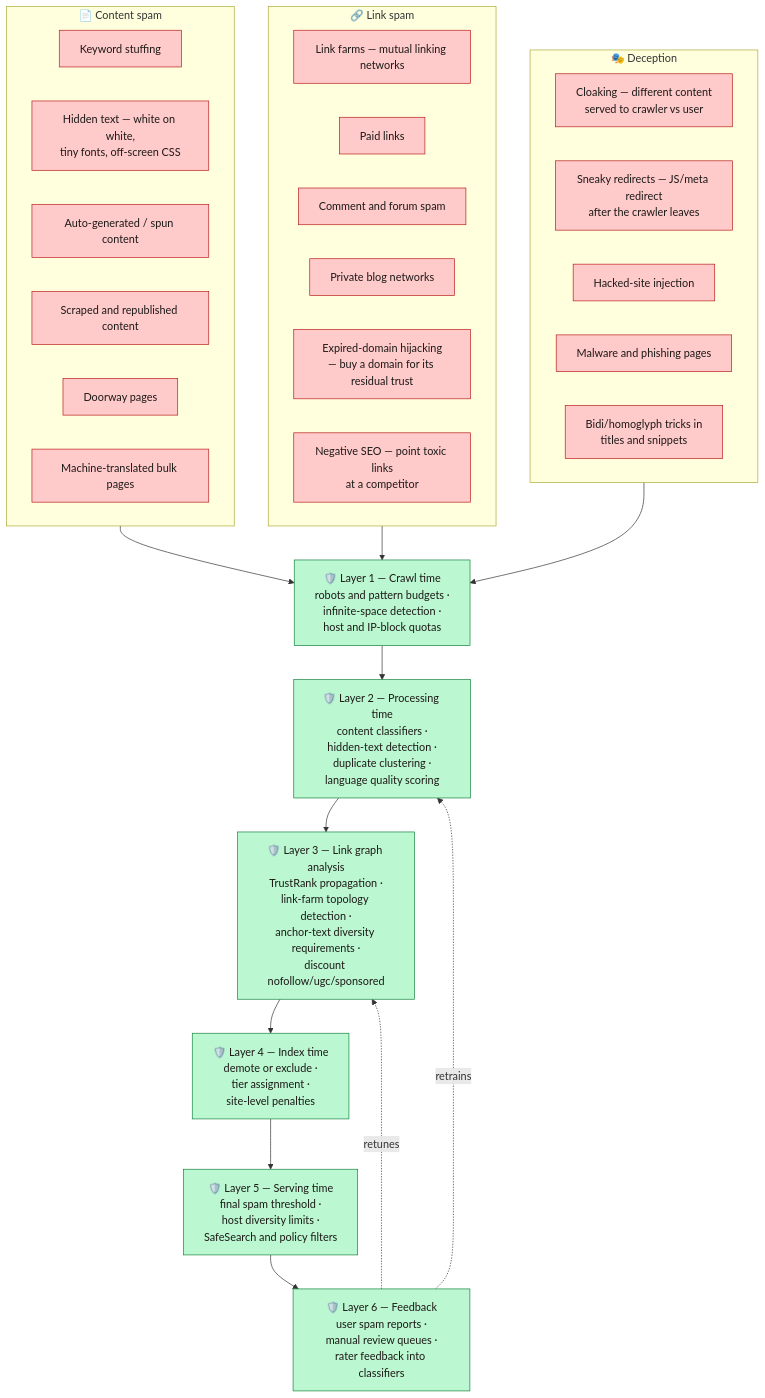
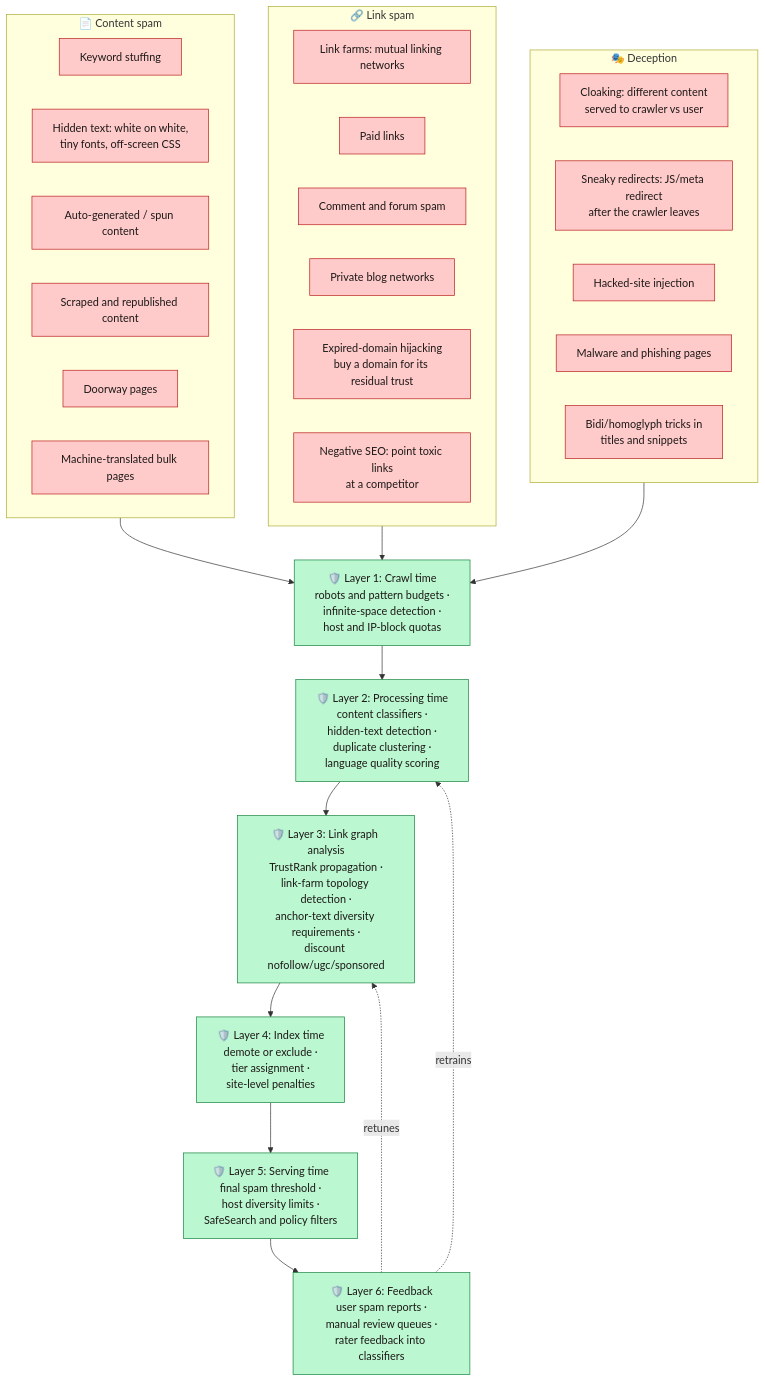
Before and after one commit to ahmedselimmansor-ctrl/google-search-system-design: the first of 4 diagrams in docs/en/14-security-abuse.md, drawn with Mermaid. The commit also changed other lines of this file and 89 other files, not shown here.

````diff
--- a/docs/en/14-security-abuse.md
+++ b/docs/en/14-security-abuse.md
@@ -39,50 +39,50 @@
 ```mermaid
 flowchart TB
     subgraph CONTENT["📄 Content spam"]
         C1["Keyword stuffing"]
-        C2["Hidden text — white on white,<br/>tiny fonts, off-screen CSS"]
+        C2["Hidden text: white on white,<br/>tiny fonts, off-screen CSS"]
         C3["Auto-generated / spun content"]
         C4["Scraped and republished content"]
         C5["Doorway pages"]
         C6["Machine-translated bulk pages"]
     end
 
     subgraph LINK["🔗 Link spam"]
-        L1["Link farms — mutual linking networks"]
+        L1["Link farms: mutual linking networks"]
         L2["Paid links"]
         L3["Comment and forum spam"]
         L4["Private blog networks"]
-        L5["Expired-domain hijacking<br/>— buy a domain for its residual trust"]
-        L6["Negative SEO — point toxic links<br/>at a competitor"]
+        L5["Expired-domain hijacking<br/>buy a domain for its residual trust"]
+        L6["Negative SEO: point toxic links<br/>at a competitor"]
     end
 
     subgraph CLOAK["🎭 Deception"]
-        K1["Cloaking — different content<br/>served to crawler vs user"]
-        K2["Sneaky redirects — JS/meta redirect<br/>after the crawler leaves"]
+        K1["Cloaking: different content<br/>served to crawler vs user"]
+        K2["Sneaky redirects: JS/meta redirect<br/>after the crawler leaves"]
         K3["Hacked-site injection"]
         K4["Malware and phishing pages"]
         K5["Bidi/homoglyph tricks in<br/>titles and snippets"]
     end
 
-    CONTENT --> D1["🛡️ Layer 1 — Crawl time<br/>robots and pattern budgets ·<br/>infinite-space detection ·<br/>host and IP-block quotas"]
+    CONTENT --> D1["🛡️ Layer 1: Crawl time<br/>robots and pattern budgets ·<br/>infinite-space detection ·<br/>host and IP-block quotas"]
     LINK --> D1
     CLOAK --> D1
 
-    D1 --> D2["🛡️ Layer 2 — Processing time<br/>content classifiers ·<br/>hidden-text detection ·<br/>duplicate clustering ·<br/>language quality scoring"]
+    D1 --> D2["🛡️ Layer 2: Processing time<br/>content classifiers ·<br/>hidden-text detection ·<br/>duplicate clustering ·<br/>language quality scoring"]
 
-    D2 --> D3["🛡️ Layer 3 — Link graph analysis<br/>TrustRank propagation ·<br/>link-farm topology detection ·<br/>anchor-text diversity requirements ·<br/>discount nofollow/ugc/sponsored"]
+    D2 --> D3["🛡️ Layer 3: Link graph analysis<br/>TrustRank propagation ·<br/>link-farm topology detection ·<br/>anchor-text diversity requirements ·<br/>discount nofollow/ugc/sponsored"]
 
-    D3 --> D4["🛡️ Layer 4 — Index time<br/>demote or exclude ·<br/>tier assignment ·<br/>site-level penalties"]
+    D3 --> D4["🛡️ Layer 4: Index time<br/>demote or exclude ·<br/>tier assignment ·<br/>site-level penalties"]
 
-    D4 --> D5["🛡️ Layer 5 — Serving time<br/>final spam threshold ·<br/>host diversity limits ·<br/>SafeSearch and policy filters"]
+    D4 --> D5["🛡️ Layer 5: Serving time<br/>final spam threshold ·<br/>host diversity limits ·<br/>SafeSearch and policy filters"]
 
-    D5 --> D6["🛡️ Layer 6 — Feedback<br/>user spam reports ·<br/>manual review queues ·<br/>rater feedback into classifiers"]
+    D5 --> D6["🛡️ Layer 6: Feedback<br/>user spam reports ·<br/>manual review queues ·<br/>rater feedback into classifiers"]
 
     D6 -.retrains.-> D2
     D6 -.retunes.-> D3
 
     classDef spam fill:#fecaca,stroke:#b91c1c,color:#1c1917
     classDef def fill:#bbf7d0,stroke:#15803d,color:#1c1917
     class C1,C2,C3,C4,C5,C6,L1,L2,L3,L4,L5,L6,K1,K2,K3,K4,K5 spam
     class D1,D2,D3,D4,D5,D6 def
 ```
````
